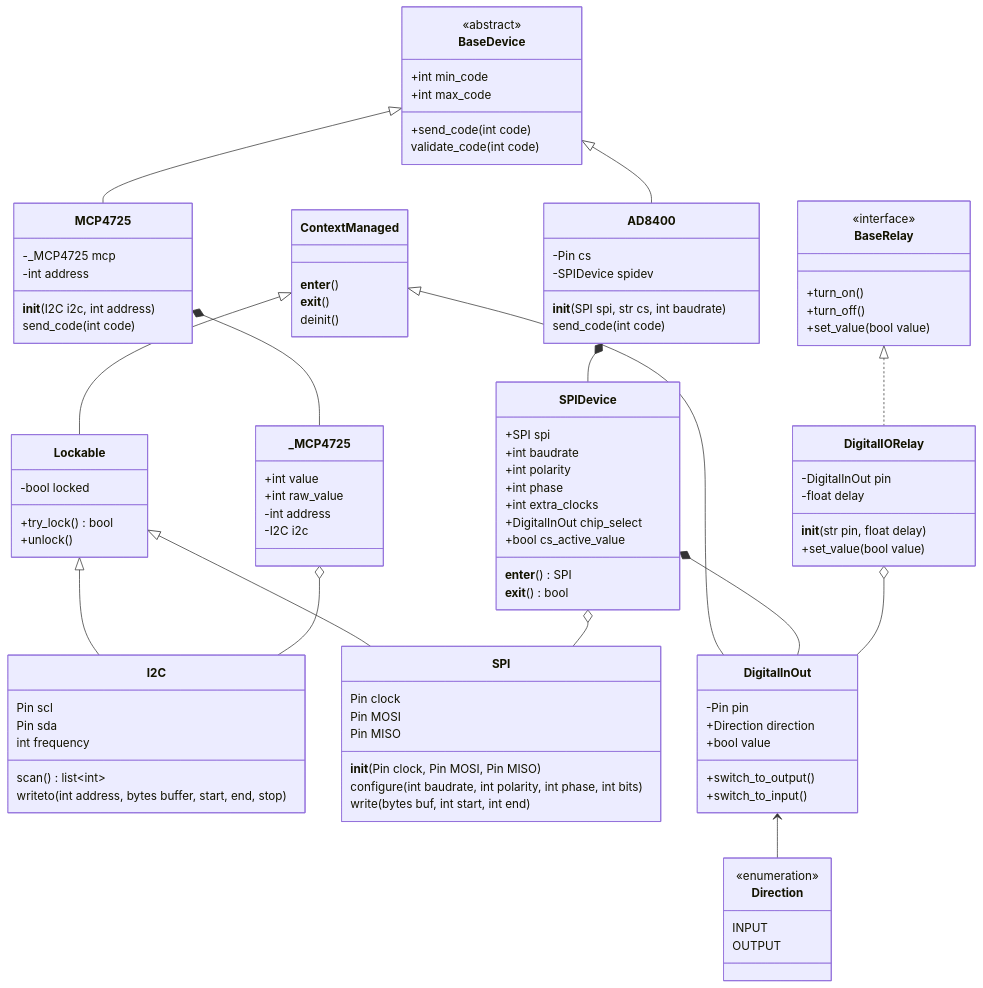
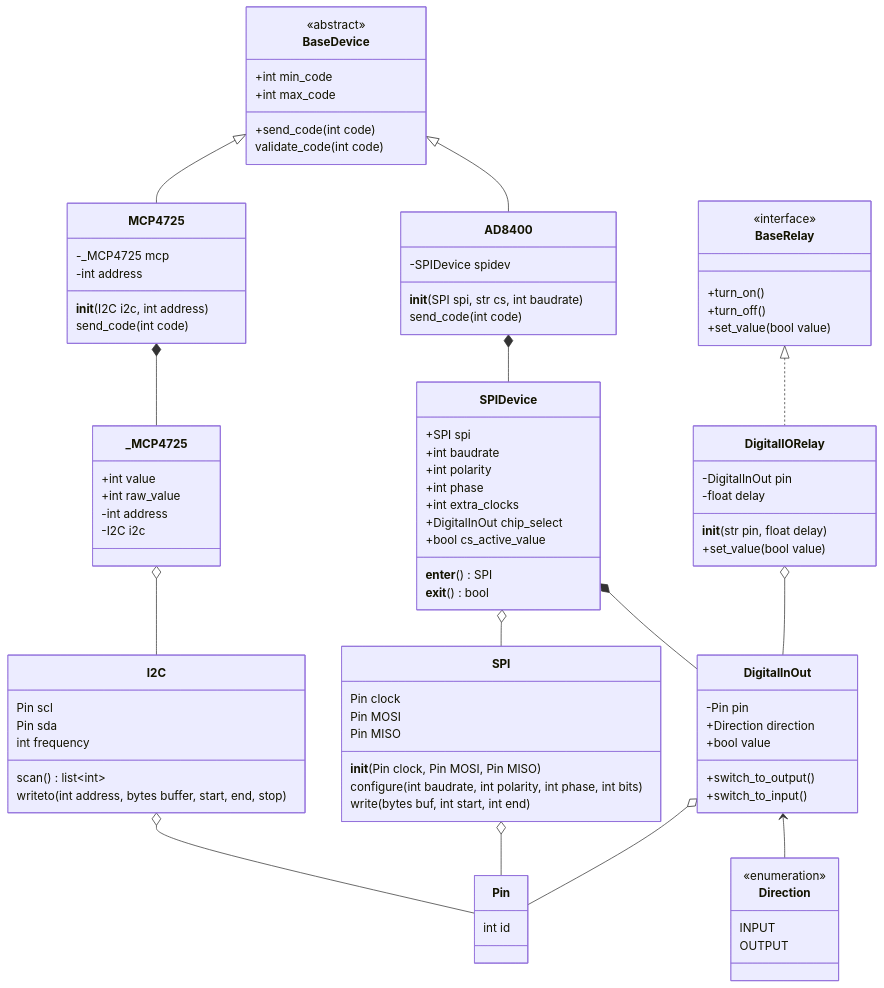
Before and after one commit to Marik28/dissertation: the first of 7 diagrams in data/diagrams/диаграмма классов.md, drawn with Mermaid. The commit also changed other lines of this file and 2 other files, not shown here.

````diff
--- a/data/diagrams/диаграмма классов.md
+++ b/data/diagrams/диаграмма классов.md
@@ -14,7 +14,6 @@
     
     class AD8400 {
         __init__(SPI spi, str cs, int baudrate)
-        -Pin cs
         -SPIDevice spidev
         send_code(int code)
     }
@@ -57,18 +56,6 @@
         write(bytes buf, int start, int end)
     }
     
-    class Lockable {
-        -bool locked
-        +try_lock() bool
-        +unlock()
-    }
-    
-    class ContextManaged {
-        __enter__()
-        __exit__()
-        deinit()
-    }
-    
     class SPIDevice{
         +SPI spi
         +int baudrate
@@ -101,14 +88,14 @@
         INPUT
         OUTPUT
     }
+    
+    class Pin {
+        int id
+    }
    
     BaseDevice <|-- AD8400
     BaseDevice <|-- MCP4725
-    ContextManaged <|-- Lockable
-    ContextManaged <|-- DigitalInOut
     DigitalInOut <-- Direction 
-    Lockable <|-- I2C
-    Lockable <|-- SPI
     AD8400 *-- SPIDevice
     SPIDevice o-- SPI
     MCP4725 *-- _MCP4725
@@ -116,4 +103,7 @@
     BaseRelay <|.. DigitalIORelay
     SPIDevice *-- DigitalInOut
     DigitalIORelay o-- DigitalInOut
+    I2C o-- Pin
+    SPI o-- Pin
+    DigitalInOut o-- Pin
 ```
````
